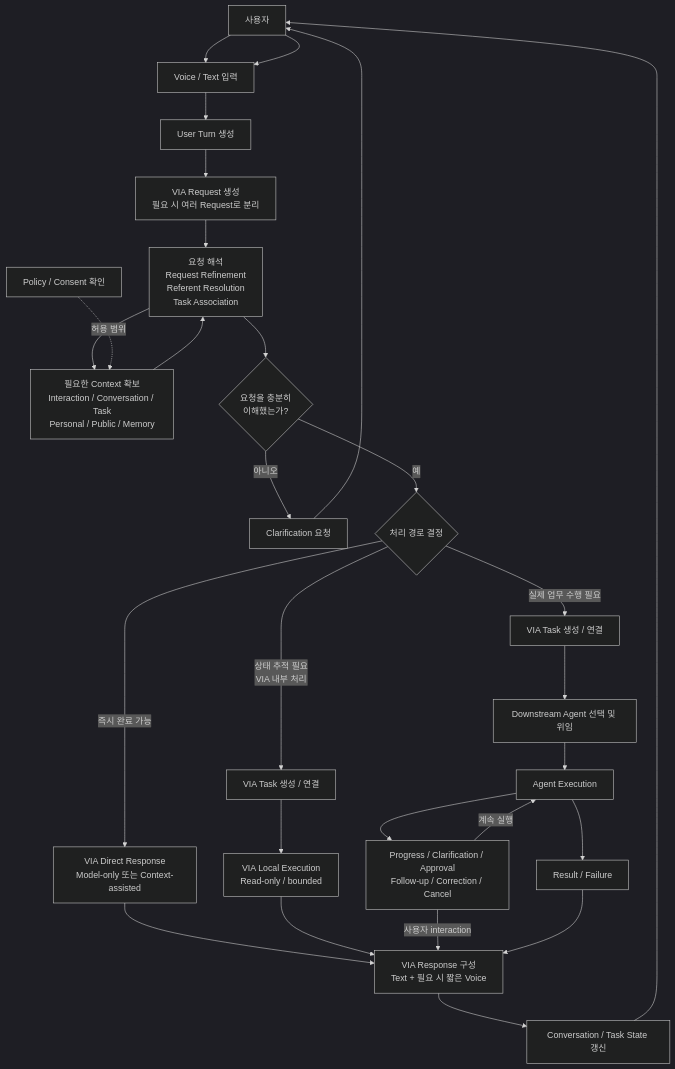
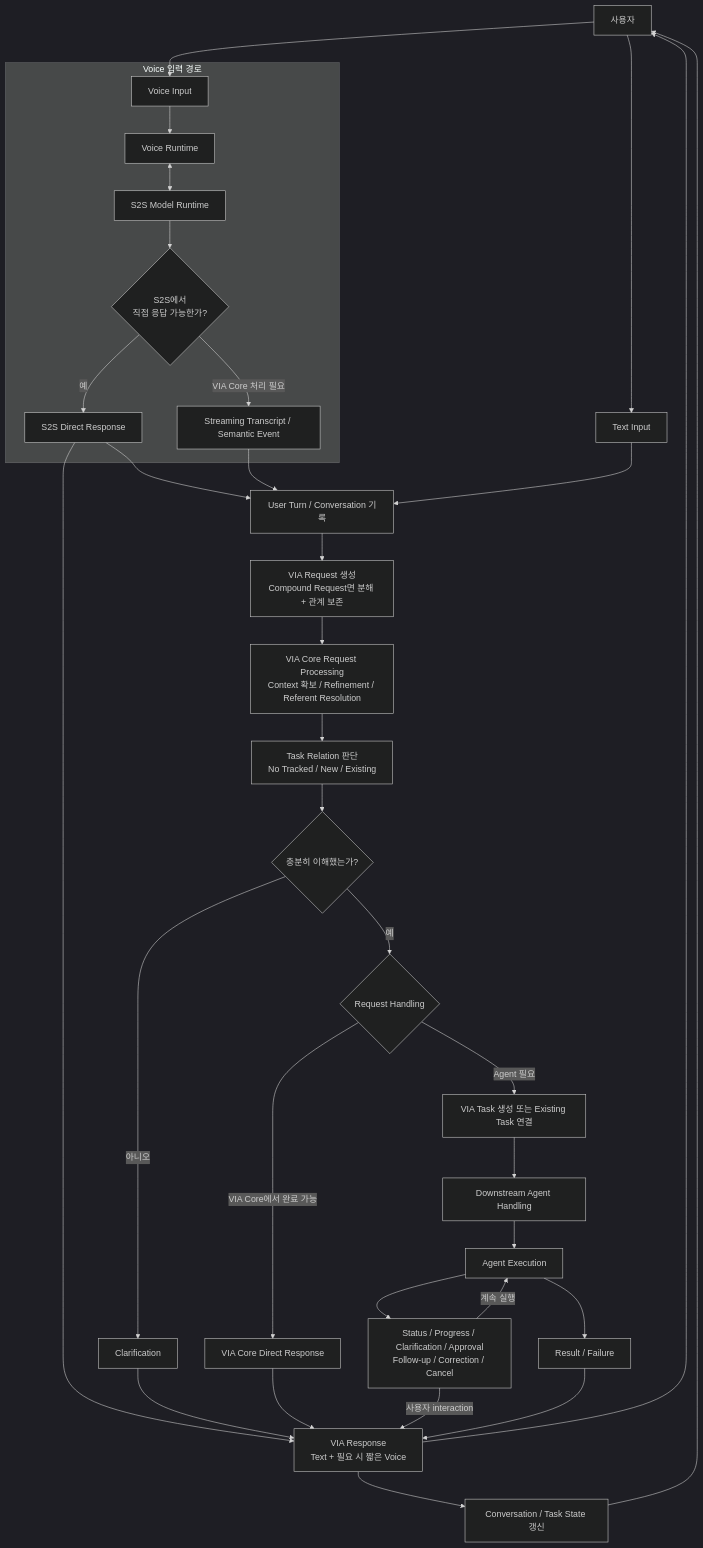
One commit to cbyche/via-sw-architecture changed the first of 5 diagrams in docs/rebaseline/04-canonical-interaction-flow.md. Above: the diagram before and after it, drawn with Mermaid (dark theme). The commit also changed other lines of this file, not shown here.

Commit message:
docs: rework canonical flow around task relation and handling

````diff
--- a/docs/rebaseline/04-canonical-interaction-flow.md
+++ b/docs/rebaseline/04-canonical-interaction-flow.md
@@ -23,69 +26,74 @@
 ```mermaid
 flowchart TD
     U["사용자"]
 
-    I["Voice / Text 입력"]
-    TURN["User Turn 생성"]
-    REQ["VIA Request 생성<br/>필요 시 여러 Request로 분리"]
+    subgraph VOICE["Voice 입력 경로"]
+        VIN["Voice Input"]
+        VR["Voice Runtime"]
+        S2S["S2S Model Runtime"]
+        SD{"S2S에서<br/>직접 응답 가능한가?"}
+        SR["S2S Direct Response"]
+        EVT["Streaming Transcript / Semantic Event"]
+        VIN --> VR
+        VR <--> S2S
+        S2S --> SD
+        SD -->|"예"| SR
+        SD -->|"VIA Core 처리 필요"| EVT
+    end
 
-    SEM["요청 해석<br/>Request Refinement<br/>Referent Resolution<br/>Task Association"]
-    CTX["필요한 Context 확보<br/>Interaction / Conversation / Task<br/>Personal / Public / Memory"]
-    POL["Policy / Consent 확인"]
+    TXT["Text Input"]
+    TURN["User Turn / Conversation 기록"]
+    REQ["VIA Request 생성<br/>Compound Request면 분해 + 관계 보존"]
 
-    CLR{"요청을 충분히<br/>이해했는가?"}
-    CLAR["Clarification 요청"]
+    CORE["VIA Core Request Processing<br/>Context 확보 / Refinement / Referent Resolution"]
+    TASK["Task Relation 판단<br/>No Tracked / New / Existing"]
+    CLR{"충분히 이해했는가?"}
+    CLAR["Clarification"]
 
-    PATH{"처리 경로 결정"}
+    HANDLE{"Request Handling"}
 
-    DR["VIA Direct Response<br/>Model-only 또는 Context-assisted"]
+    VDR["VIA Core Direct Response"]
+    AG["Downstream Agent Handling"]
+    AT["VIA Task 생성 또는 Existing Task 연결"]
+    AE["Agent Execution"]
 
-    TASK1["VIA Task 생성 / 연결"]
-    LOCAL["VIA Local Execution<br/>Read-only / bounded"]
-
-    TASK2["VIA Task 생성 / 연결"]
-    AGENT["Downstream Agent 선택 및 위임"]
-    EXEC["Agent Execution"]
-
-    LOOP["Progress / Clarification / Approval<br/>Follow-up / Correction / Cancel"]
+    CTRL["Status / Progress / Clarification / Approval<br/>Follow-up / Correction / Cancel"]
     RESULT["Result / Failure"]
 
-    RESP["VIA Response 구성<br/>Text + 필요 시 짧은 Voice"]
+    RESP["VIA Response<br/>Text + 필요 시 짧은 Voice"]
     STATE["Conversation / Task State 갱신"]
 
-    U --> I
-    I --> TURN
+    U --> VIN
+    U --> TXT
+
+    SR --> TURN
+    SR --> RESP
+
+    EVT --> TURN
+    TXT --> TURN
     TURN --> REQ
-
-    REQ --> SEM
-    CTX --> SEM
-    SEM --> CTX
-    POL -. "허용 범위" .-> CTX
-
-    SEM --> CLR
+    REQ --> CORE
+    CORE --> TASK
+    TASK --> CLR
 
     CLR -->|"아니오"| CLAR
-    CLAR --> U
-    U --> I
+    CLAR --> RESP
+    RESP --> U
 
-    CLR -->|"예"| PATH
+    CLR -->|"예"| HANDLE
 
-    PATH -->|"즉시 완료 가능"| DR
-    DR --> RESP
+    HANDLE -->|"VIA Core에서 완료 가능"| VDR
+    VDR --> RESP
 
-    PATH -->|"상태 추적 필요<br/>VIA 내부 처리"| TASK1
-    TASK1 --> LOCAL
-    LOCAL --> RESP
-
-    PATH -->|"실제 업무 수행 필요"| TASK2
-    TASK2 --> AGENT
-    AGENT --> EXEC
-
-    EXEC --> LOOP
-    LOOP -->|"계속 실행"| EXEC
-    LOOP -->|"사용자 interaction"| RESP
-    EXEC --> RESULT
+    HANDLE -->|"Agent 필요"| AT
+    AT --> AG
+    AG --> AE
+    AE --> CTRL
+    CTRL -->|"계속 실행"| AE
+    CTRL -->|"사용자 interaction"| RESP
+    AE --> RESULT
     RESULT --> RESP
 
     RESP --> STATE
     STATE --> U
 ```
````
